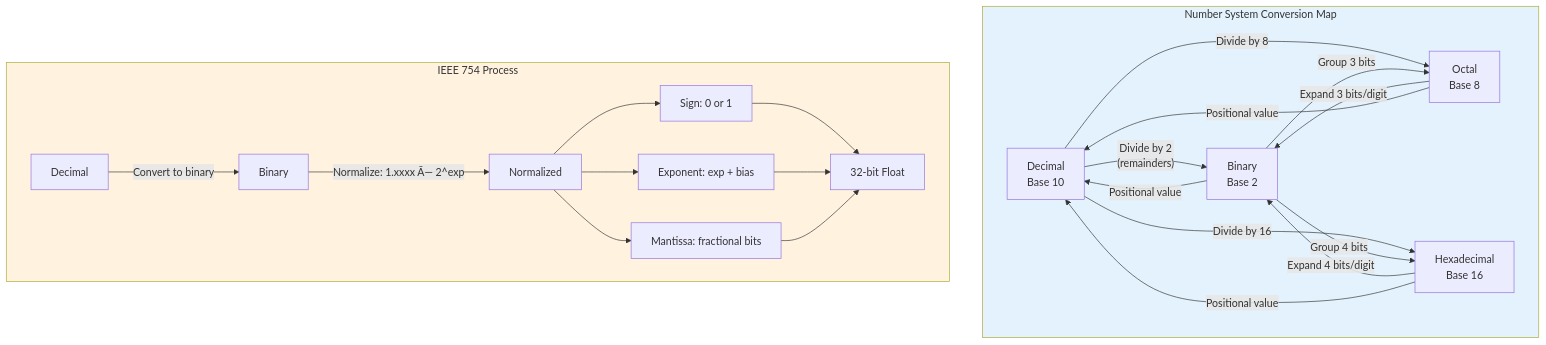
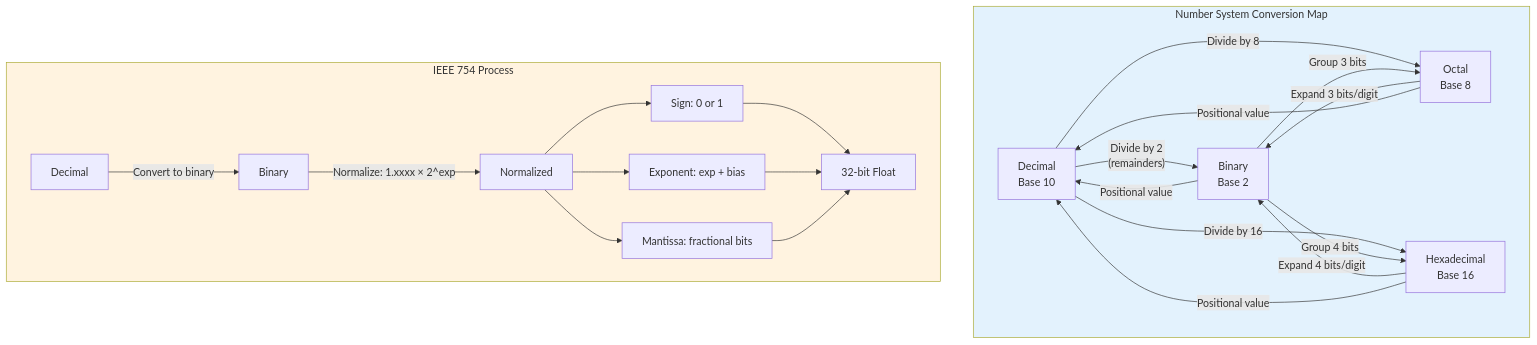
Before and after one commit to Raushan666java/ai-engineering-journey: the fifth of 5 diagrams in docs/courses/computer-architecture/01-number-systems.md, drawn with Mermaid. The commit also changed other lines of this file and 965 other files, not shown here.

````diff
--- a/docs/courses/computer-architecture/01-number-systems.md
+++ b/docs/courses/computer-architecture/01-number-systems.md
@@ -1351,27 +1351,27 @@
 ```mermaid
 flowchart TD
     subgraph Conversions[Number System Conversion Map]
         DEC[Decimal<br/>Base 10] -->|"Divide by 2<br/>(remainders)"| BIN[Binary<br/>Base 2]
         DEC -->|"Divide by 8"| OCT[Octal<br/>Base 8]
         DEC -->|"Divide by 16"| HEX[Hexadecimal<br/>Base 16]
         BIN -->|"Group 3 bits"| OCT
         BIN -->|"Group 4 bits"| HEX
         OCT -->|"Expand 3 bits/digit"| BIN
         HEX -->|"Expand 4 bits/digit"| BIN
         OCT -->|"Positional value"| DEC
         HEX -->|"Positional value"| DEC
         BIN -->|"Positional value"| DEC
     end
     subgraph IEEE754[IEEE 754 Process]
         DEC2[Decimal] -->|"Convert to binary"| BIN2[Binary]
-        BIN2 -->|"Normalize: 1.xxxx Ã— 2^exp"| NORM[Normalized]
+        BIN2 -->|"Normalize: 1.xxxx × 2^exp"| NORM[Normalized]
         NORM --> S[Sign: 0 or 1]
         NORM --> EXP[Exponent: exp + bias]
         NORM --> MANT[Mantissa: fractional bits]
         S --> FP[32-bit Float]
         EXP --> FP
         MANT --> FP
     end
     style Conversions fill:#e3f2fd
     style IEEE754 fill:#fff3e0
 ```
````
